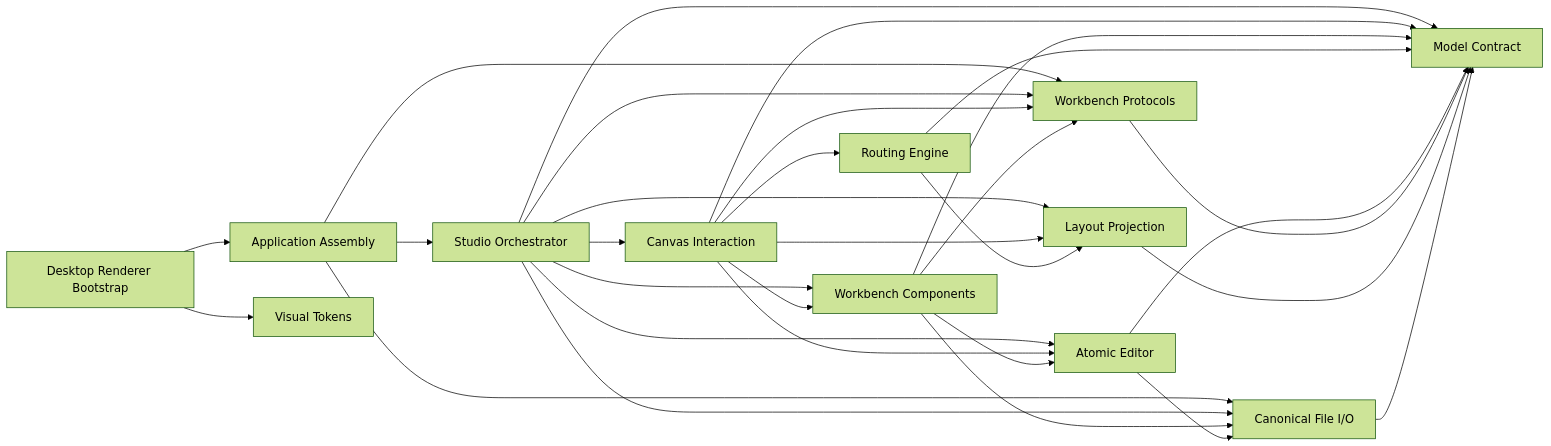
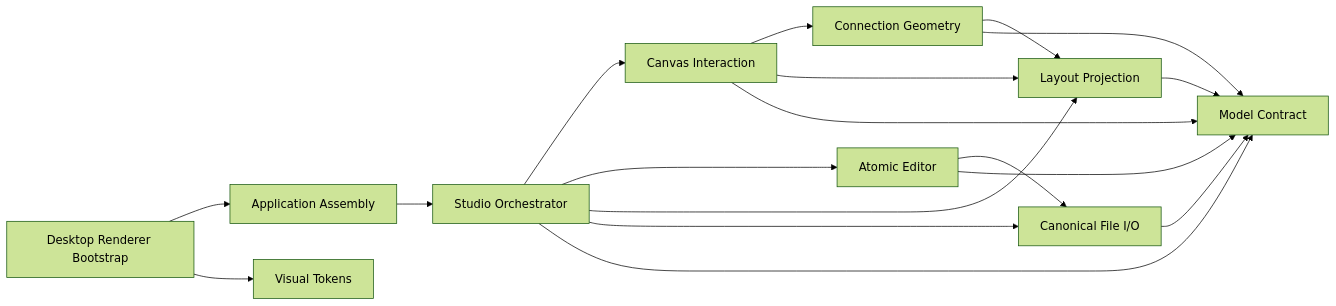
One commit to xueyu888/architecture-block-studio changed the diagram in docs/ARCHITECTURE.md. Above: the diagram before and after it, drawn with Mermaid (forest theme). The commit also changed other lines of this file and 70 other files, not shown here.

````diff
--- a/docs/ARCHITECTURE.md
+++ b/docs/ARCHITECTURE.md
@@ -68,32 +116,20 @@
 ```mermaid
 flowchart LR
   bootstrap[Desktop Renderer Bootstrap] --> app[Application Assembly]
   bootstrap --> styles[Visual Tokens]
   app --> studio[Studio Orchestrator]
-  app --> io[Canonical File I/O]
-  app --> protocols[Workbench Protocols]
   studio --> canvas[Canvas Interaction]
-  studio --> workbench[Workbench Components]
-  studio --> protocols
   studio --> editor[Atomic Editor]
   studio --> layout[Layout Projection]
-  studio --> io
+  studio --> io[Canonical File I/O]
   studio --> model[Model Contract]
-  canvas --> workbench
-  canvas --> protocols
-  canvas --> editor
-  canvas --> routing[Routing Engine]
+  canvas --> geometry[Connection Geometry]
   canvas --> layout
   canvas --> model
-  workbench --> protocols
-  workbench --> editor
-  workbench --> io
-  workbench --> model
-  routing --> layout
-  routing --> model
+  geometry --> layout
+  geometry --> model
   editor --> io
   editor --> model
-  protocols --> model
   layout --> model
   io --> model
 ```
````
